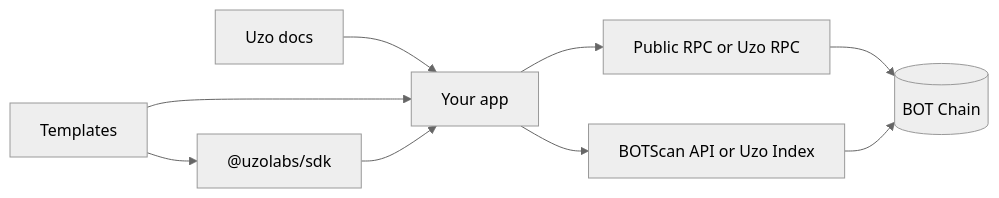
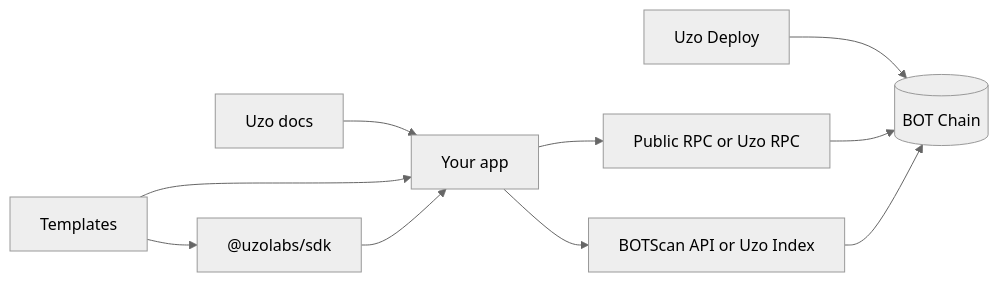
One commit to uzolabs/documentation changed the diagram in get-started/how-it-works.mdx. Above: the diagram before and after it, drawn with Mermaid (neutral theme). The commit also changed other lines of this file and 100 other files, not shown here.

First line of the commit message:
Add Uzo Deploy docs and apply docs automation fixes

````diff
--- a/get-started/how-it-works.mdx
+++ b/get-started/how-it-works.mdx
@@ -16,11 +16,12 @@
 ```mermaid
 flowchart LR
   Docs[Uzo docs] --> App[Your app]
   Templates[Templates] --> App
   SDK["@uzolabs/sdk"] --> App
   Templates --> SDK
+  Deploy[Uzo Deploy] --> Chain
   App --> RPC[Public RPC or Uzo RPC]
   App --> Explorer[BOTScan API or Uzo Index]
   RPC --> Chain[(BOT Chain)]
   Explorer --> Chain
 ```
````
